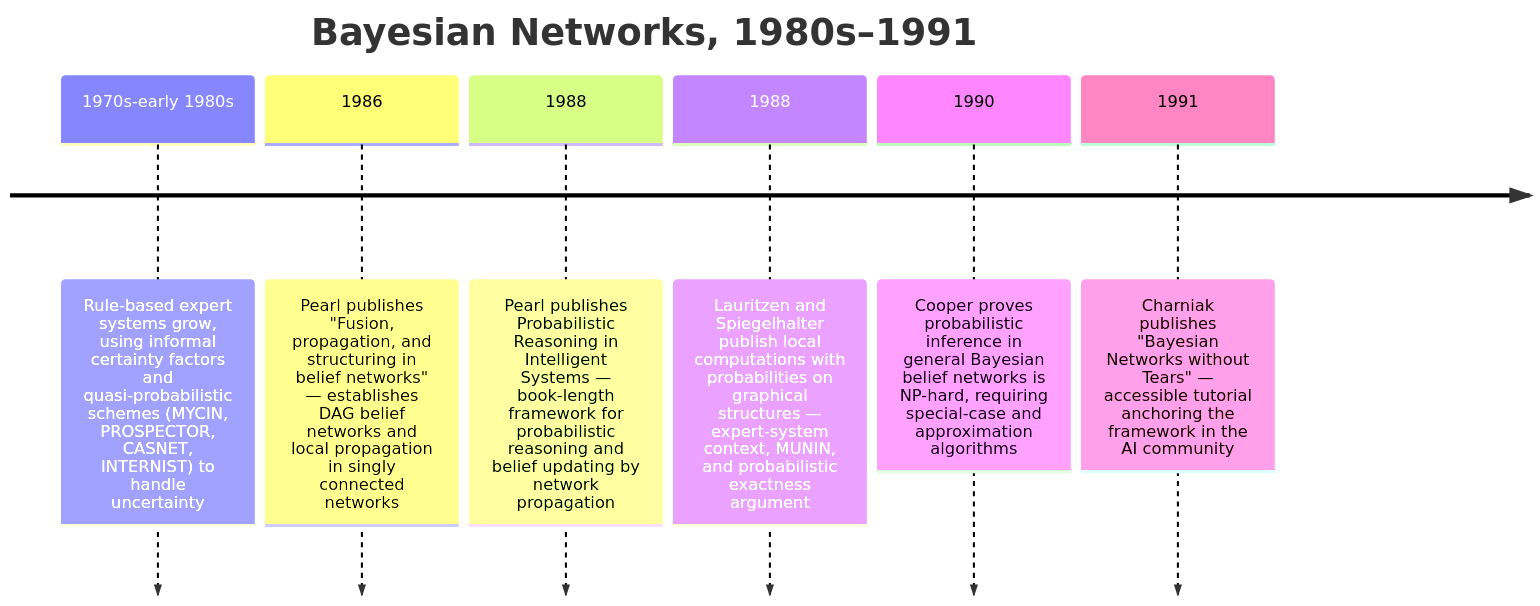
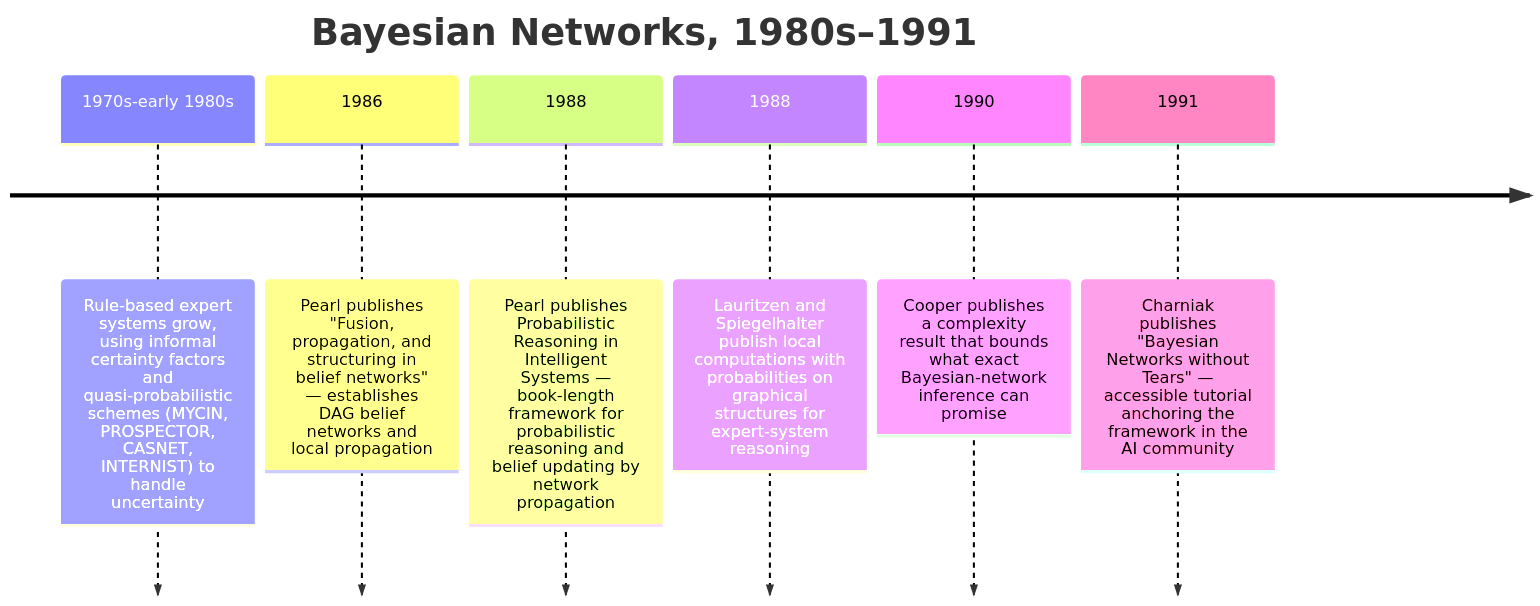
One commit to kube-dojo/kube-dojo changed the diagram in src/content/docs/ai-history/ch-26-bayesian-networks.md. Above: the diagram before and after it, drawn with Mermaid. The commit also changed other lines of this file and 2 other files, not shown here.

````diff
--- a/src/content/docs/ai-history/ch-26-bayesian-networks.md
+++ b/src/content/docs/ai-history/ch-26-bayesian-networks.md
@@ -29,10 +29,10 @@
 ```mermaid
 timeline
     title Bayesian Networks, 1980s–1991
     1970s-early 1980s : Rule-based expert systems grow, using informal certainty factors and quasi-probabilistic schemes (MYCIN, PROSPECTOR, CASNET, INTERNIST) to handle uncertainty
-    1986 : Pearl publishes "Fusion, propagation, and structuring in belief networks" — establishes DAG belief networks and local propagation in singly connected networks
+    1986 : Pearl publishes "Fusion, propagation, and structuring in belief networks" — establishes DAG belief networks and local propagation
     1988 : Pearl publishes Probabilistic Reasoning in Intelligent Systems — book-length framework for probabilistic reasoning and belief updating by network propagation
-    1988 : Lauritzen and Spiegelhalter publish local computations with probabilities on graphical structures — expert-system context, MUNIN, and probabilistic exactness argument
-    1990 : Cooper proves probabilistic inference in general Bayesian belief networks is NP-hard, requiring special-case and approximation algorithms
+    1988 : Lauritzen and Spiegelhalter publish local computations with probabilities on graphical structures for expert-system reasoning
+    1990 : Cooper publishes a complexity result that bounds what exact Bayesian-network inference can promise
     1991 : Charniak publishes "Bayesian Networks without Tears" — accessible tutorial anchoring the framework in the AI community
 ```
````
